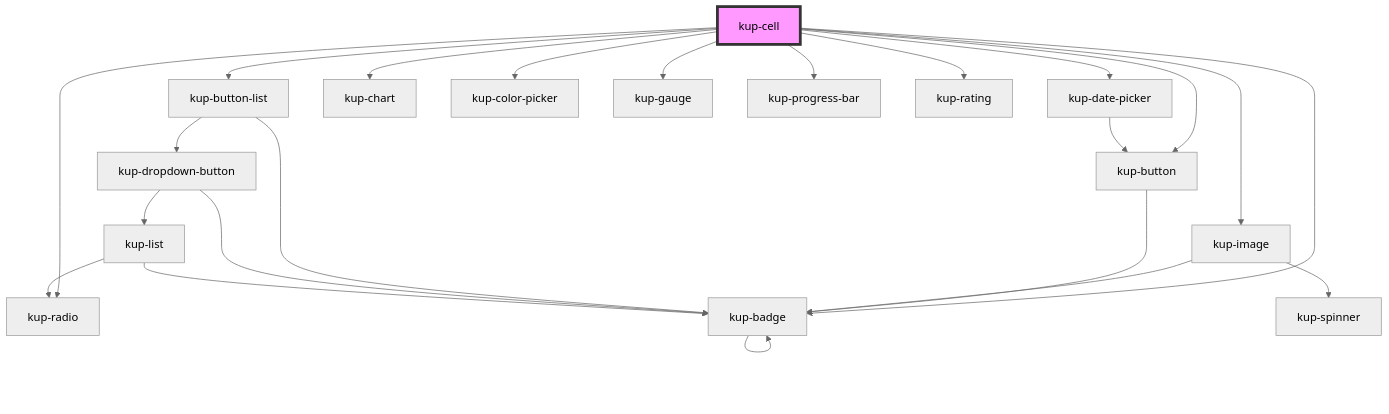
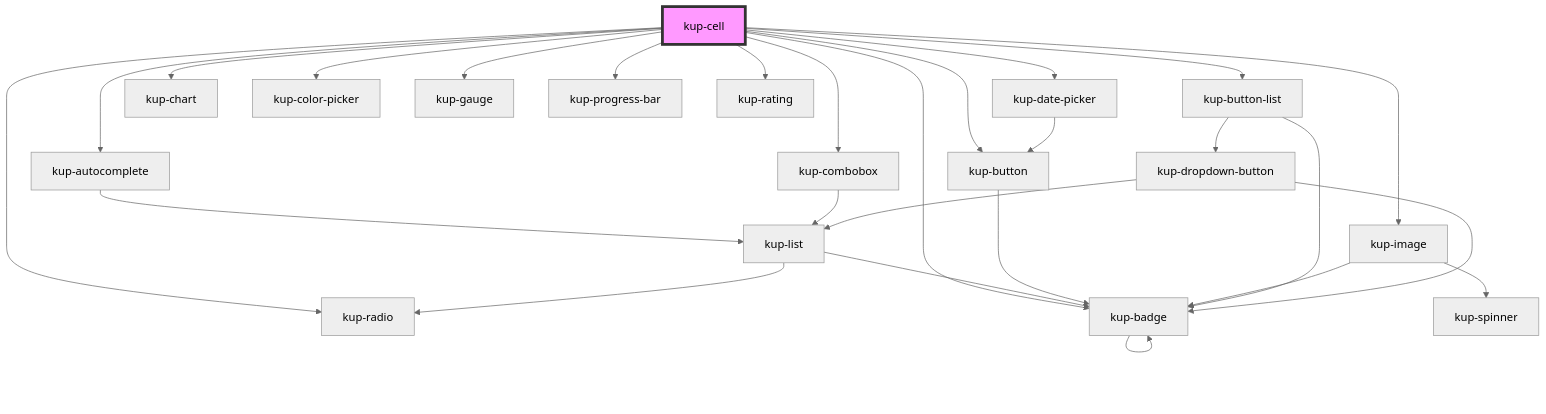
Before and after one commit to smeup/ketchup: the diagram in packages/ketchup/src/components/kup-cell/readme.md, drawn with Mermaid (neutral theme). The commit also changed other lines of this file and 16 other files, not shown here.

Commit message:
kup-cell: Remove change event on editable case and create a showcase.

````diff
--- a/packages/ketchup/src/components/kup-cell/readme.md
+++ b/packages/ketchup/src/components/kup-cell/readme.md
@@ -75,26 +76,30 @@
 ```mermaid
 graph TD;
+  kup-cell --> kup-autocomplete
+  kup-cell --> kup-combobox
   kup-cell --> kup-date-picker
   kup-cell --> kup-image
   kup-cell --> kup-button
   kup-cell --> kup-button-list
   kup-cell --> kup-chart
   kup-cell --> kup-color-picker
   kup-cell --> kup-gauge
   kup-cell --> kup-progress-bar
   kup-cell --> kup-radio
   kup-cell --> kup-rating
   kup-cell --> kup-badge
+  kup-autocomplete --> kup-list
+  kup-list --> kup-radio
+  kup-list --> kup-badge
+  kup-badge --> kup-badge
+  kup-combobox --> kup-list
   kup-date-picker --> kup-button
   kup-button --> kup-badge
-  kup-badge --> kup-badge
   kup-image --> kup-spinner
   kup-image --> kup-badge
   kup-button-list --> kup-dropdown-button
   kup-button-list --> kup-badge
   kup-dropdown-button --> kup-list
   kup-dropdown-button --> kup-badge
-  kup-list --> kup-radio
-  kup-list --> kup-badge
   style kup-cell fill:#f9f,stroke:#333,stroke-width:4px
 ```
````
